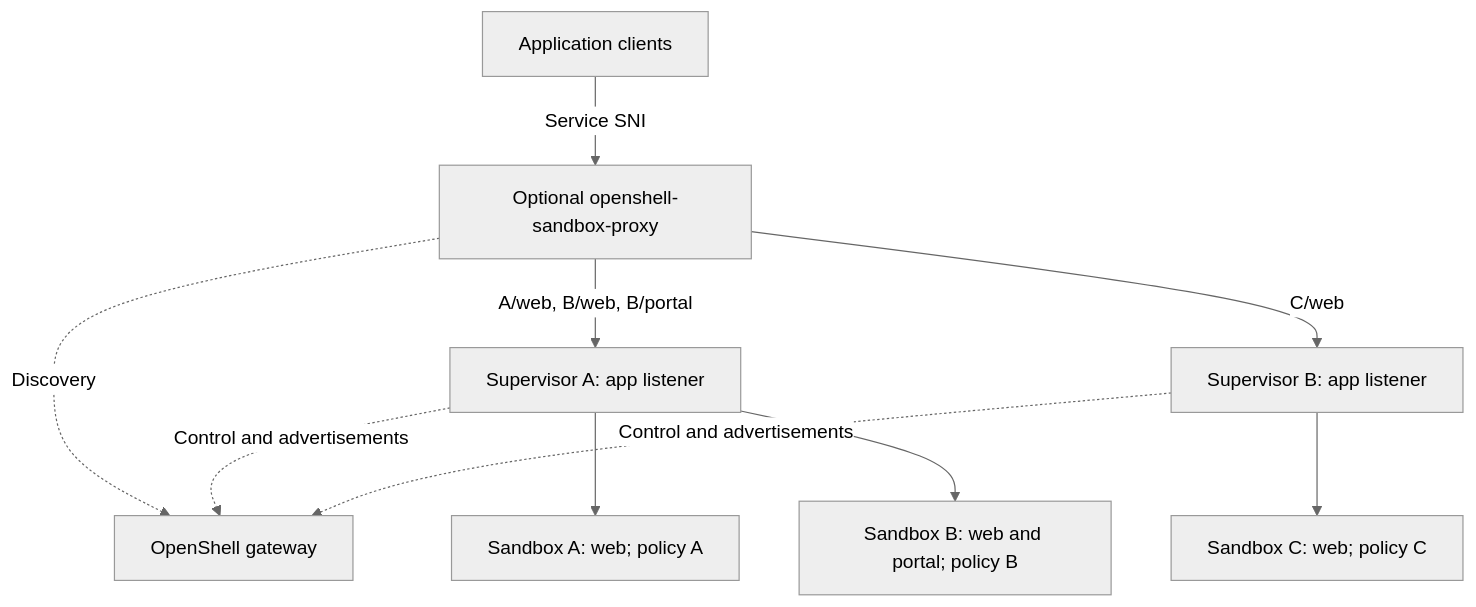
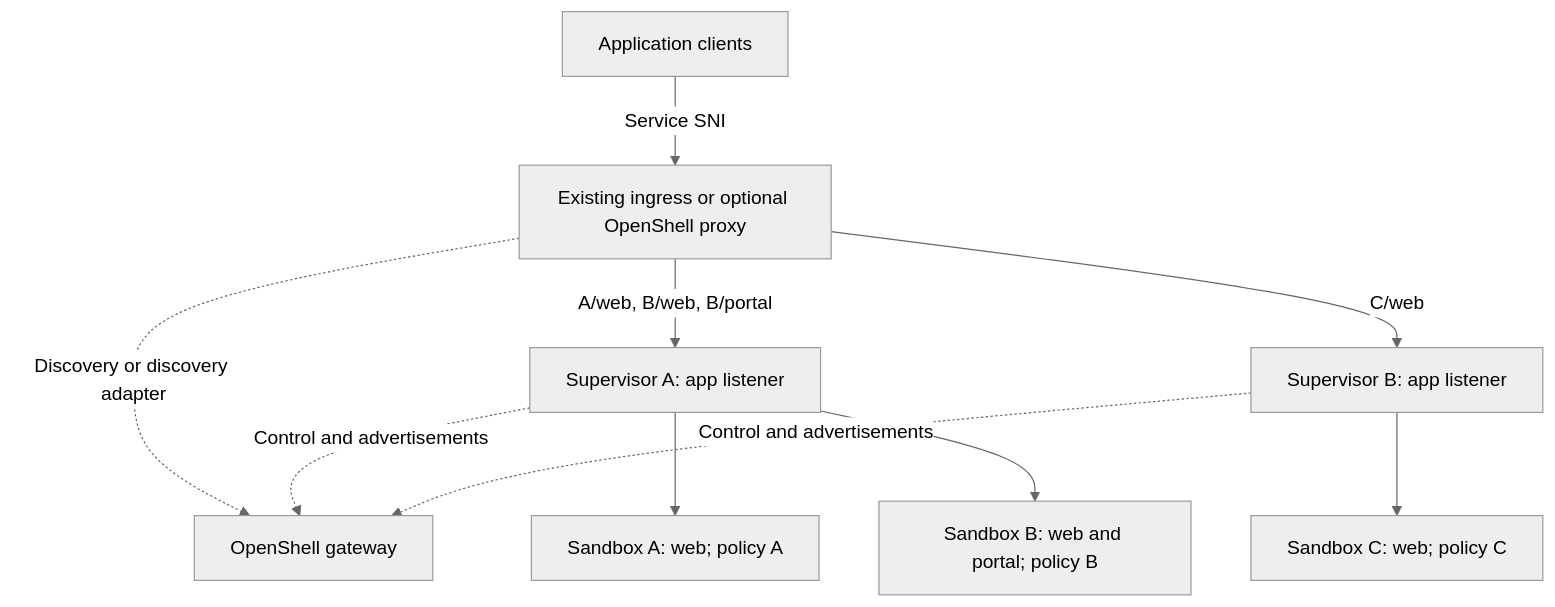
Before and after one commit to NVIDIA/OpenShell: the diagram in rfc/0017-sandbox-service-exposure/README.md, drawn with Mermaid (neutral theme). The commit also changed other lines of this file, not shown here.

Commit message:
docs(rfc): emphasize supervisor app listener and ingress extensibility

````diff
--- a/rfc/0017-sandbox-service-exposure/README.md
+++ b/rfc/0017-sandbox-service-exposure/README.md
@@ -68,12 +70,12 @@
 ```mermaid
 flowchart TB
-    Client["Application clients"] -->|"Service SNI"| Proxy["Optional openshell-sandbox-proxy"]
-    Proxy -.->|"Discovery"| Gateway["OpenShell gateway"]
+    Client["Application clients"] -->|"Service SNI"| Ingress["Existing ingress or optional OpenShell proxy"]
+    Ingress -.->|"Discovery or discovery adapter"| Gateway["OpenShell gateway"]
     SA["Supervisor A: app listener"] -.->|"Control and advertisements"| Gateway
     SB["Supervisor B: app listener"] -.->|"Control and advertisements"| Gateway
-    Proxy -->|"A/web, B/web, B/portal"| SA
-    Proxy -->|"C/web"| SB
+    Ingress -->|"A/web, B/web, B/portal"| SA
+    Ingress -->|"C/web"| SB
     SA --> A["Sandbox A: web; policy A"]
     SA --> B["Sandbox B: web and portal; policy B"]
     SB --> C["Sandbox C: web; policy C"]
 ```
````
